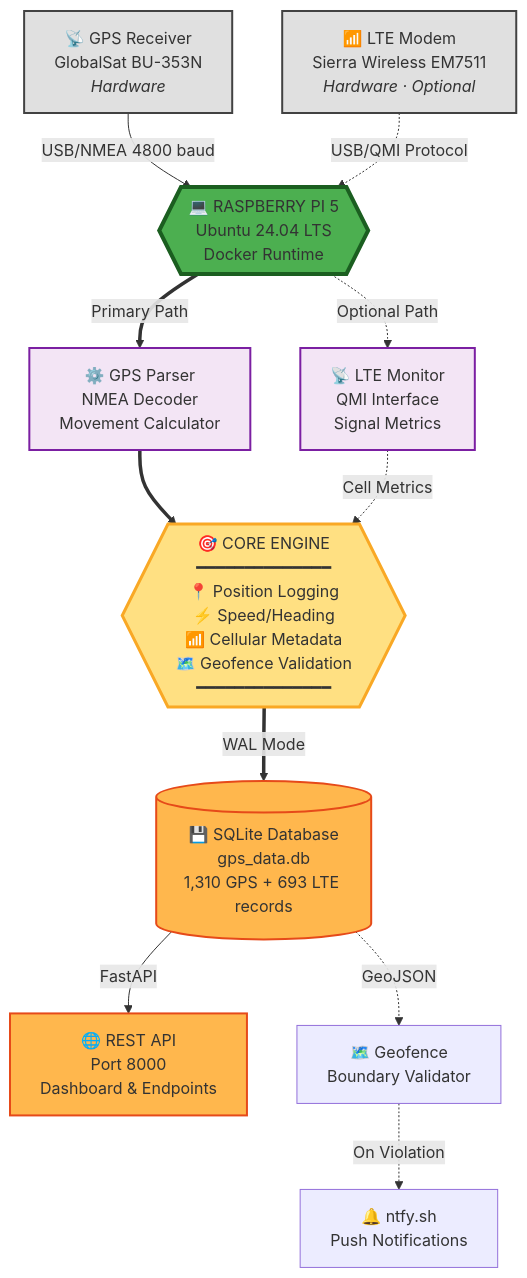
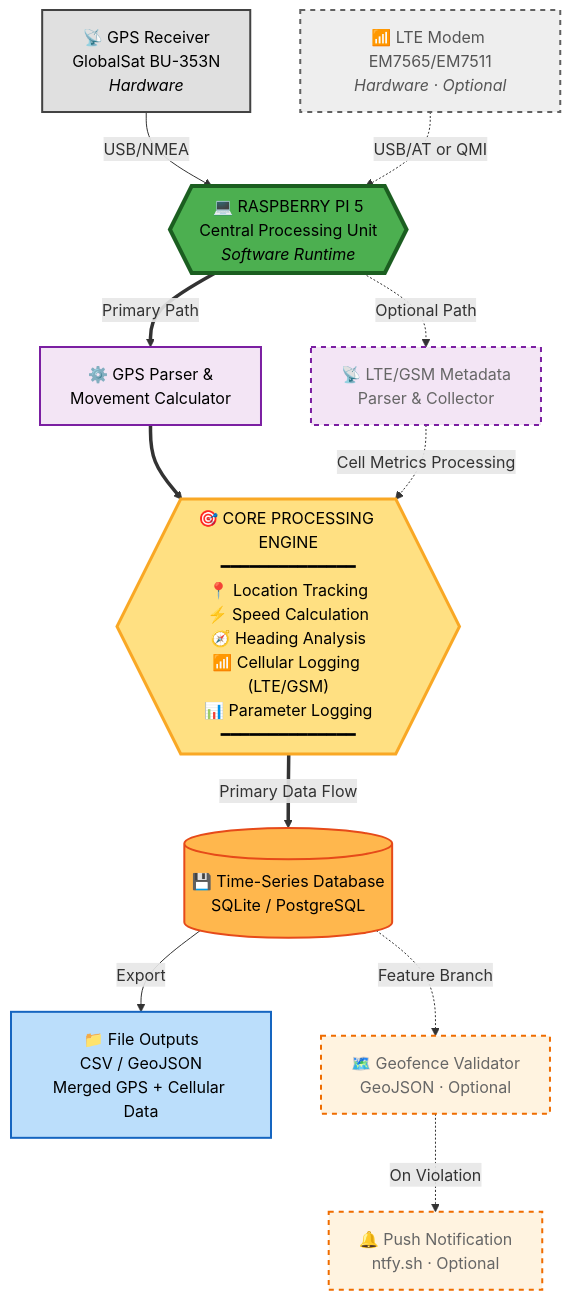
Before and after one commit to cramos93/Raspberry-Pi-GPS-Cellular-Data-Logger: the diagram in README.md, drawn with Mermaid. The commit also changed other lines of this file, not shown here.

````diff
--- a/README.md
+++ b/README.md
@@ -25,31 +64,41 @@
 ```mermaid
 graph TB
+    %% ---------- Hardware ----------
     GPS["📡 GPS Receiver<br/>GlobalSat BU-353N<br/><i>Hardware</i>"]
-    LTE["📶 LTE Modem<br/>Sierra Wireless EM7511<br/><i>Hardware · Optional</i>"]
-    
-    GPS -->|USB/NMEA 4800 baud| PI{{"💻 RASPBERRY PI 5<br/>Ubuntu 24.04 LTS<br/>Docker Runtime"}}
-    LTE -.->|USB/QMI Protocol| PI
-    
-    PI ==>|Primary Path| PARSE["⚙️ GPS Parser<br/>NMEA Decoder<br/>Movement Calculator"]
-    PI -.->|Optional Path| META["📡 LTE Monitor<br/>QMI Interface<br/>Signal Metrics"]
-    
-    PARSE ==> CORE{{"🎯 CORE ENGINE<br/>━━━━━━━━━━━━━━<br/>📍 Position Logging<br/>⚡ Speed/Heading<br/>📶 Cellular Metadata<br/>🗺️ Geofence Validation<br/>━━━━━━━━━━━━━━"}}
-    META -.->|Cell Metrics| CORE
-    
-    CORE ==>|WAL Mode| DB[("💾 SQLite Database<br/>gps_data.db<br/>1,310 GPS + 693 LTE records")]
-    DB -->|FastAPI| API["🌐 REST API<br/>Port 8000<br/>Dashboard & Endpoints"]
-    DB -.->|GeoJSON| FENCE["🗺️ Geofence<br/>Boundary Validator"]
-    FENCE -.->|On Violation| NOTIFY["🔔 ntfy.sh<br/>Push Notifications"]
-    
-    classDef hardware fill:#e0e0e0,stroke:#424242,stroke-width:2px
-    classDef central fill:#4caf50,stroke:#1b5e20,stroke-width:4px
-    classDef core fill:#ffe082,stroke:#f9a825,stroke-width:3px
-    classDef software fill:#f3e5f5,stroke:#7b1fa2,stroke-width:2px
-    classDef database fill:#ffb74d,stroke:#e64a19,stroke-width:2px
-    
-    class GPS,LTE hardware
+    LTE["📶 LTE Modem EM7565/EM7511<br/><i>Hardware · Optional</i>"]
+    GPS -->|USB/NMEA| PI{{"💻 RASPBERRY PI 5<br/>Central Processing Unit<br/><i>Software Runtime</i>"}}
+    LTE -.->|USB/AT or QMI| PI
+    %% ---------- Software Ingest ----------
+    PI ==>|Primary Path| PARSE["⚙️ GPS Parser &<br/>Movement Calculator"]
+    PI -.->|"Optional Path"| META["📡 LTE/GSM Metadata<br/>Parser & Collector"]
+    %% ---------- Core Processing (hexagonal symbol, unique) ----------
+    PARSE ==> CORE{{"🎯 CORE PROCESSING ENGINE<br/>━━━━━━━━━━━━━━<br/>📍 Location Tracking<br/>⚡ Speed Calculation<br/>🧭 Heading Analysis<br/>📶 Cellular Logging (LTE/GSM)<br/>📊 Parameter Logging<br/>━━━━━━━━━━━━━━"}}
+    META -.->|"Cell Metrics Processing"| CORE
+    %% ---------- Database & Outputs ----------
+    CORE ==>|Primary Data Flow| DB[("💾 Time-Series Database<br/>SQLite / PostgreSQL")]
+    DB -->|"Export"| FILES["📁 File Outputs<br/>CSV / GeoJSON<br/>Merged GPS + Cellular Data"]
+    %% ---------- Geofence & Notification (optional feature branch) ----------
+    DB -.->|"Feature Branch"| FENCE["🗺️ Geofence Validator<br/>GeoJSON · Optional"]
+    FENCE -.->|"On Violation"| NOTIFY["🔔 Push Notification<br/>ntfy.sh · Optional"]
+    %% ---------- Styles ----------
+    %% Hardware = Grey; Export = Light Blue
+    classDef hardware fill:#e0e0e0,stroke:#424242,stroke-width:2px,color:#000
+    classDef hardwareOpt fill:#eeeeee,stroke:#616161,stroke-width:2px,stroke-dasharray:5 5,color:#555
+    classDef central fill:#4caf50,stroke:#1b5e20,stroke-width:4px,color:#000
+    classDef core fill:#ffe082,stroke:#f9a825,stroke-width:3px,color:#000
+    classDef software fill:#f3e5f5,stroke:#7b1fa2,stroke-width:2px,color:#000
+    classDef softwareOpt fill:#f3e5f5,stroke:#7b1fa2,stroke-width:2px,stroke-dasharray:5 5,color:#666
+    classDef database fill:#ffb74d,stroke:#e64a19,stroke-width:2px,color:#000
+    classDef export fill:#bbdefb,stroke:#1565c0,stroke-width:2px,color:#000
+    classDef optional fill:#fff3e0,stroke:#ef6c00,stroke-width:2px,stroke-dasharray:5 5,color:#666
+    %% ---------- Assign Classes ----------
+    class GPS hardware
+    class LTE hardwareOpt
     class PI central
-    class PARSE,META software
+    class PARSE software
+    class META softwareOpt
     class CORE core
-    class DB,API database
+    class DB database
+    class FILES export
+    class FENCE,NOTIFY optional
 ```
````
